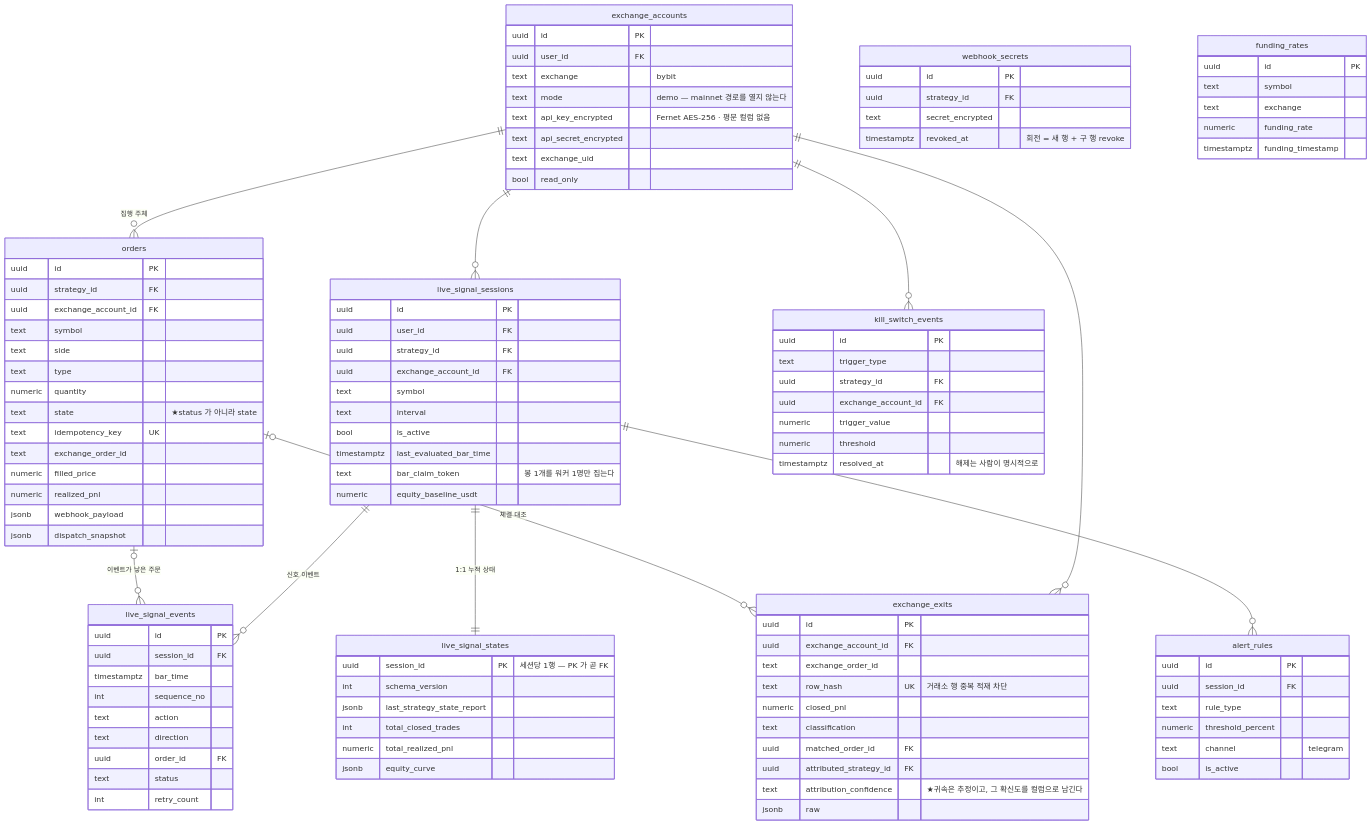
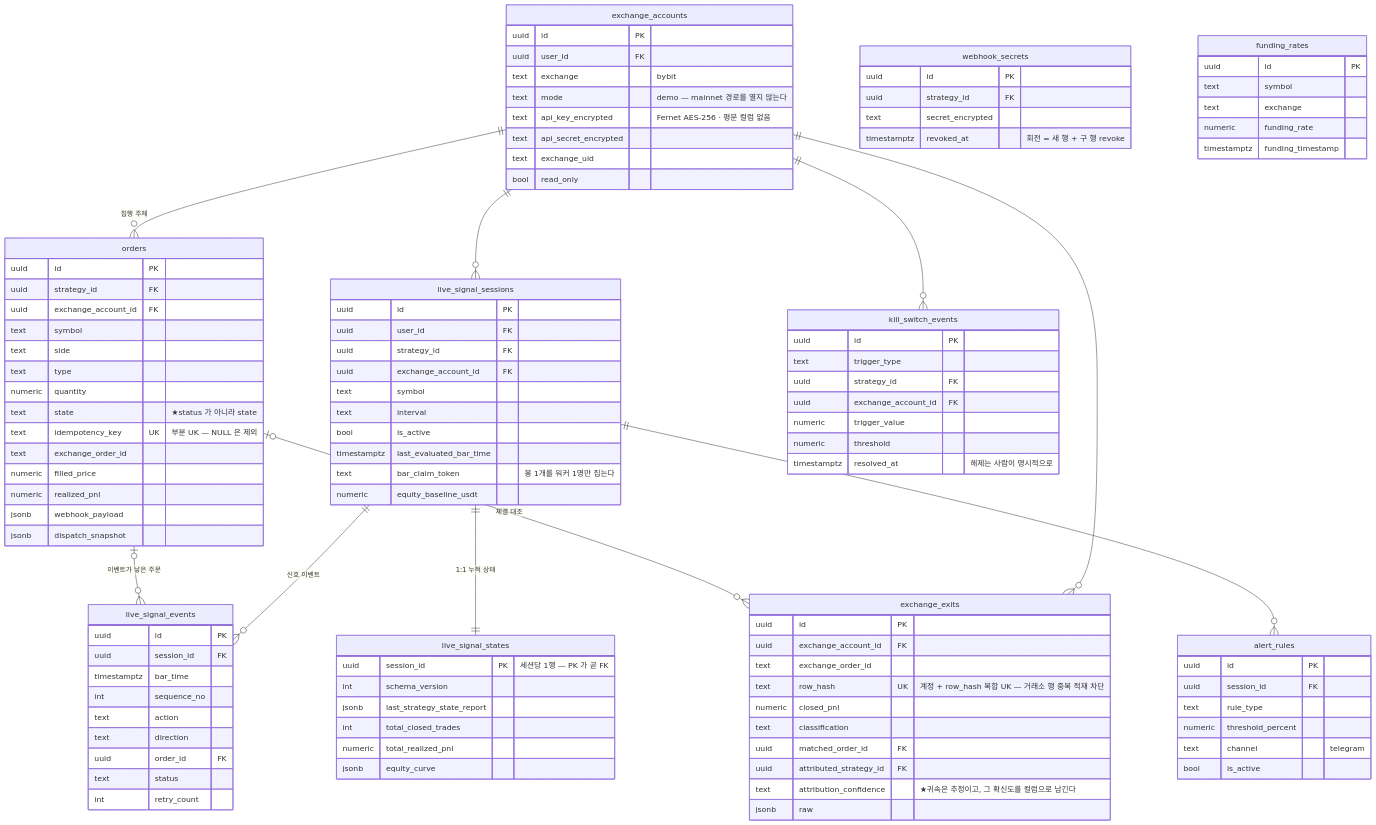
Before and after one commit to woosung-dev/quantbridge: the third of 3 diagrams in README.md, drawn with Mermaid. The commit also changed other lines of this file and 2 other files, not shown here.

```diff
--- a/README.md
+++ b/README.md
@@ -298,7 +305,7 @@
         text type
         numeric quantity
         text state "★status 가 아니라 state"
-        text idempotency_key UK
+        text idempotency_key UK "부분 UK — NULL 은 제외"
         text exchange_order_id
         numeric filled_price
         numeric realized_pnl
@@ -354,7 +361,7 @@
         uuid id PK
         uuid exchange_account_id FK
         text exchange_order_id
-        text row_hash UK "거래소 행 중복 적재 차단"
+        text row_hash UK "계정 + row_hash 복합 UK — 거래소 행 중복 적재 차단"
         numeric closed_pnl
         text classification
         uuid matched_order_id FK
```
